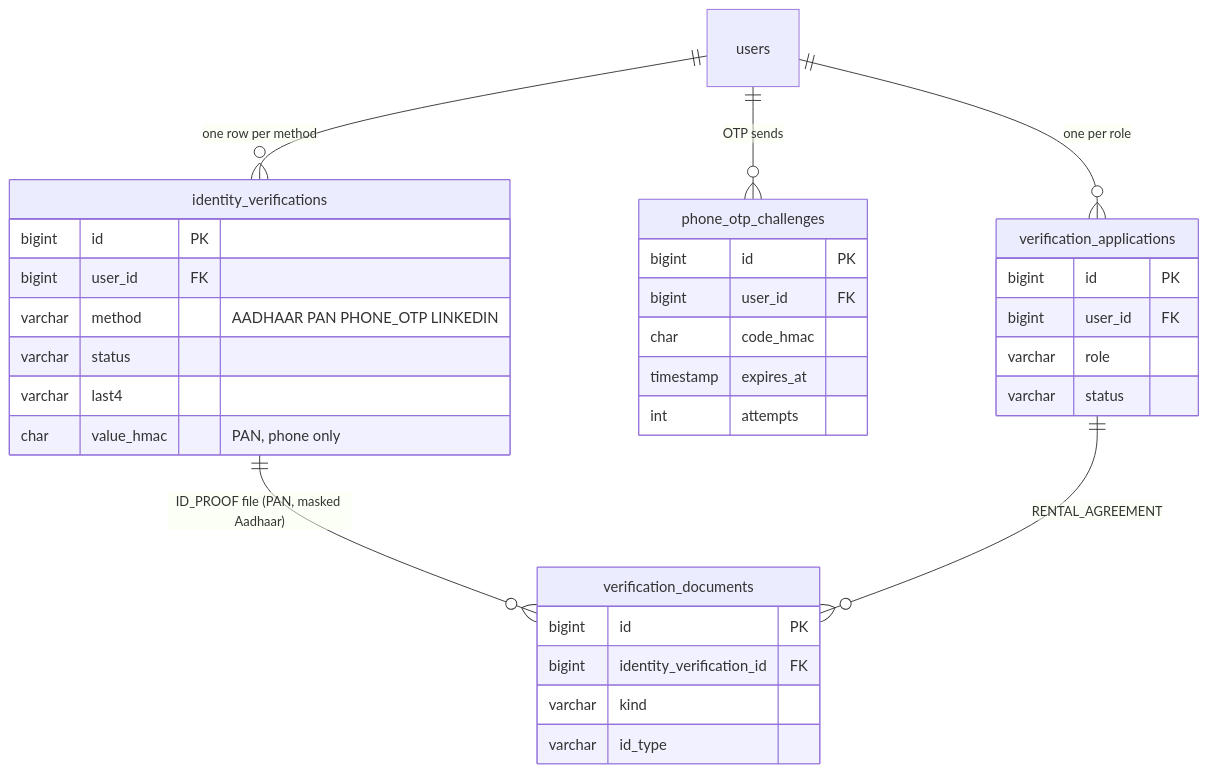
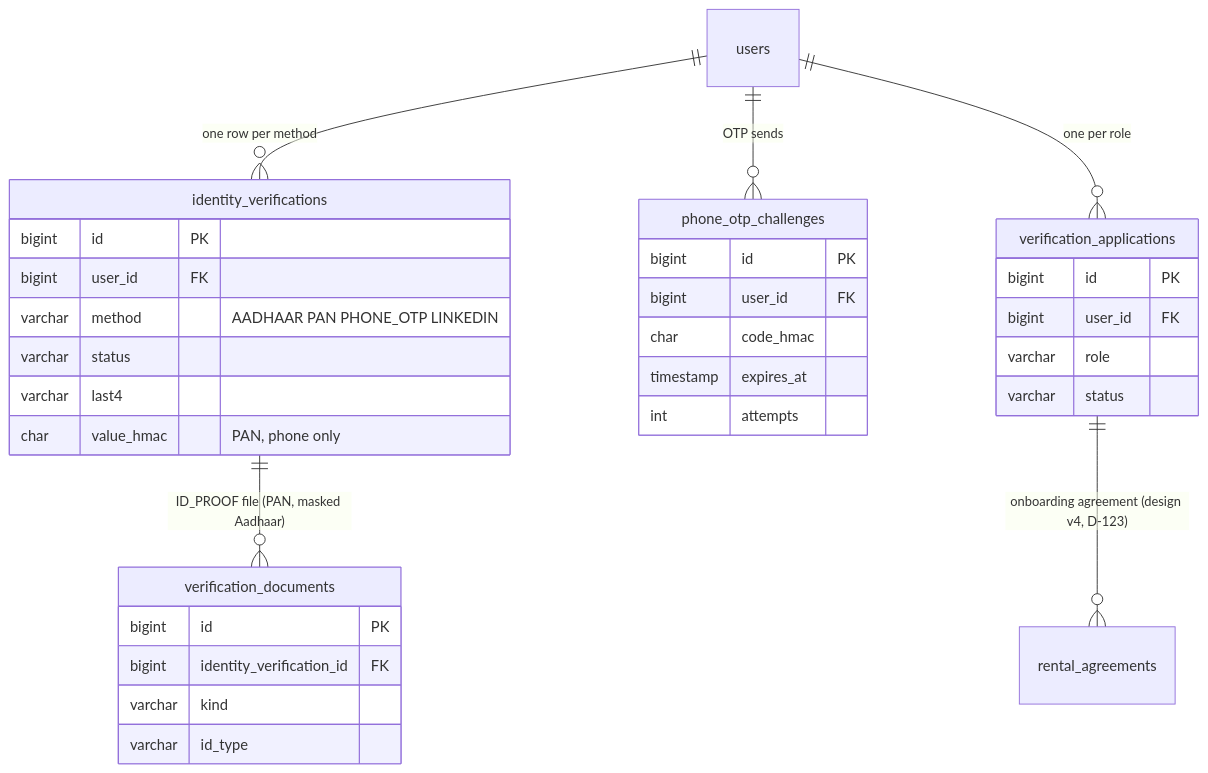
Before and after one commit to latelespaul/rent-history: the third of 3 diagrams in rentrix-docs/database/er-diagram.md, drawn with Mermaid. The commit also changed 47 other files, not shown here.

First line of the commit message:
docs(rentrix-docs): design v4 for required phone OTP, onboarding into verification and rental-agreement checks (#38)

````diff
--- a/rentrix-docs/database/er-diagram.md
+++ b/rentrix-docs/database/er-diagram.md
@@ -108,36 +108,36 @@
 ```mermaid
 erDiagram
     users ||--o{ identity_verifications : "one row per method"
     users ||--o{ phone_otp_challenges : "OTP sends"
     users ||--o{ verification_applications : "one per role"
     identity_verifications ||--o{ verification_documents : "ID_PROOF file (PAN, masked Aadhaar)"
-    verification_applications ||--o{ verification_documents : "RENTAL_AGREEMENT"
+    verification_applications ||--o{ rental_agreements : "onboarding agreement (design v4, D-123)"
 
     identity_verifications {
         bigint id PK
         bigint user_id FK
         varchar method "AADHAAR PAN PHONE_OTP LINKEDIN"
         varchar status
         varchar last4
         char value_hmac "PAN, phone only"
     }
     phone_otp_challenges {
         bigint id PK
         bigint user_id FK
         char code_hmac
         timestamp expires_at
         int attempts
     }
     verification_applications {
         bigint id PK
         bigint user_id FK
         varchar role
         varchar status
     }
     verification_documents {
         bigint id PK
         bigint identity_verification_id FK
         varchar kind
         varchar id_type
     }
 ```
````
